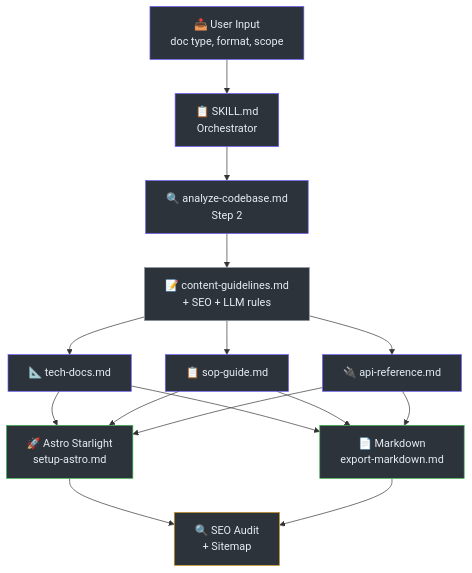
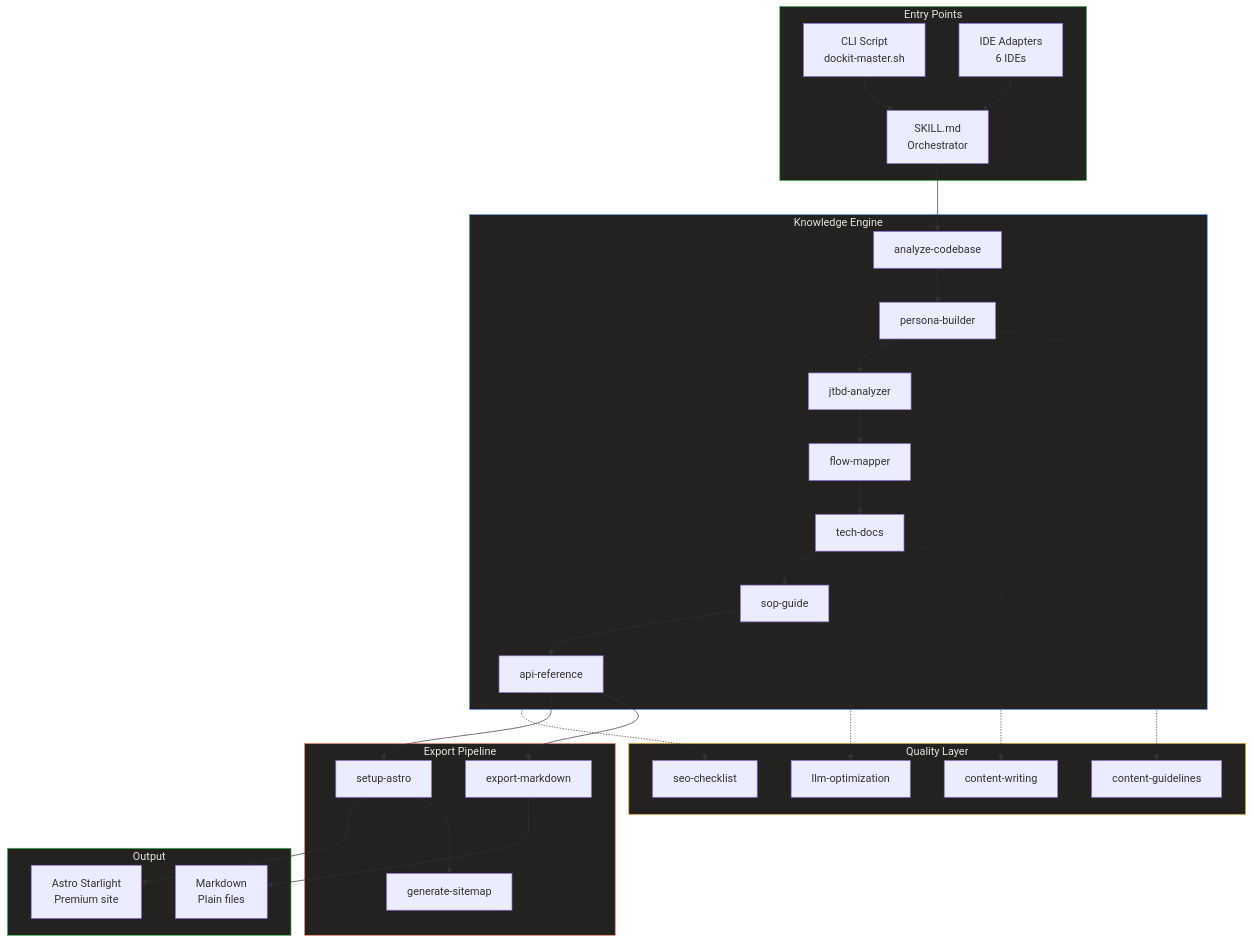
The diagram in docs/architecture.md (relukdev/doc-kit), drawn with Mermaid before and after one commit. The commit also changed other lines of this file and 258 other files, not shown here.

````diff
--- a/docs/architecture.md
+++ b/docs/architecture.md
@@ -28,28 +24,55 @@
 ```mermaid
 graph TB
-    style INPUT fill:#2d333b,stroke:#6d5dfc,color:#e6edf3
-    style ORCH fill:#2d333b,stroke:#6d5dfc,color:#e6edf3
-    style ANALYZE fill:#2d333b,stroke:#6d5dfc,color:#e6edf3
-    style CONTENT fill:#2d333b,stroke:#8b949e,color:#e6edf3
-    style TECH fill:#2d333b,stroke:#6d5dfc,color:#e6edf3
-    style SOP fill:#2d333b,stroke:#6d5dfc,color:#e6edf3
-    style API fill:#2d333b,stroke:#6d5dfc,color:#e6edf3
-    style ASTRO fill:#2d333b,stroke:#3fb950,color:#e6edf3
-    style MD fill:#2d333b,stroke:#3fb950,color:#e6edf3
-    style SEO fill:#2d333b,stroke:#d29922,color:#e6edf3
+    style Entry fill:#232221,stroke:#3fb950,color:#E8E5DF
+    style Engine fill:#232221,stroke:#60A5FA,color:#E8E5DF
+    style Quality fill:#232221,stroke:#d29922,color:#E8E5DF
+    style Export fill:#232221,stroke:#f78166,color:#E8E5DF
+    style Output fill:#232221,stroke:#3fb950,color:#E8E5DF
 
-    INPUT["📥 User Input<br/>doc type, format, scope"] --> ORCH["📋 SKILL.md<br/>Orchestrator"]
-    ORCH --> ANALYZE["🔍 analyze-codebase.md<br/>Step 2"]
-    ANALYZE --> CONTENT["📝 content-guidelines.md<br/>+ SEO + LLM rules"]
-    CONTENT --> TECH["📐 tech-docs.md"]
-    CONTENT --> SOP["📋 sop-guide.md"]
-    CONTENT --> API["🔌 api-reference.md"]
-    TECH --> ASTRO["🚀 Astro Starlight<br/>setup-astro.md"]
-    SOP --> ASTRO
-    API --> ASTRO
-    TECH --> MD["📄 Markdown<br/>export-markdown.md"]
-    SOP --> MD
-    API --> MD
-    ASTRO --> SEO["🔍 SEO Audit<br/>+ Sitemap"]
-    MD --> SEO
+    subgraph Entry["Entry Points"]
+        CLI["CLI Script\ndockit-master.sh"]
+        ADP["IDE Adapters\n6 IDEs"]
+        MAIN["SKILL.md\nOrchestrator"]
+    end
+
+    subgraph Engine["Knowledge Engine"]
+        S1["analyze-codebase"]
+        S2["persona-builder"]
+        S3["jtbd-analyzer"]
+        S4["flow-mapper"]
+        S5["tech-docs"]
+        S6["sop-guide"]
+        S7["api-reference"]
+    end
+
+    subgraph Quality["Quality Layer"]
+        Q1["content-guidelines"]
+        Q2["content-writing"]
+        Q3["llm-optimization"]
+        Q4["seo-checklist"]
+    end
+
+    subgraph Export["Export Pipeline"]
+        E1["setup-astro"]
+        E2["export-markdown"]
+        E3["generate-sitemap"]
+    end
+
+    subgraph Output["Output"]
+        O1["Astro Starlight\nPremium site"]
+        O2["Markdown\nPlain files"]
+    end
+
+    CLI --> MAIN
+    ADP --> MAIN
+    MAIN --> S1 --> S2 --> S3 --> S4 --> S5 --> S6 --> S7
+    S2 -.-> Q1
+    S5 -.-> Q2
+    S6 -.-> Q3
+    S7 -.-> Q4
+    S7 --> E1
+    S7 --> E2
+    E1 --> O1
+    E2 --> O2
+    E1 --> E3
 ```
````
